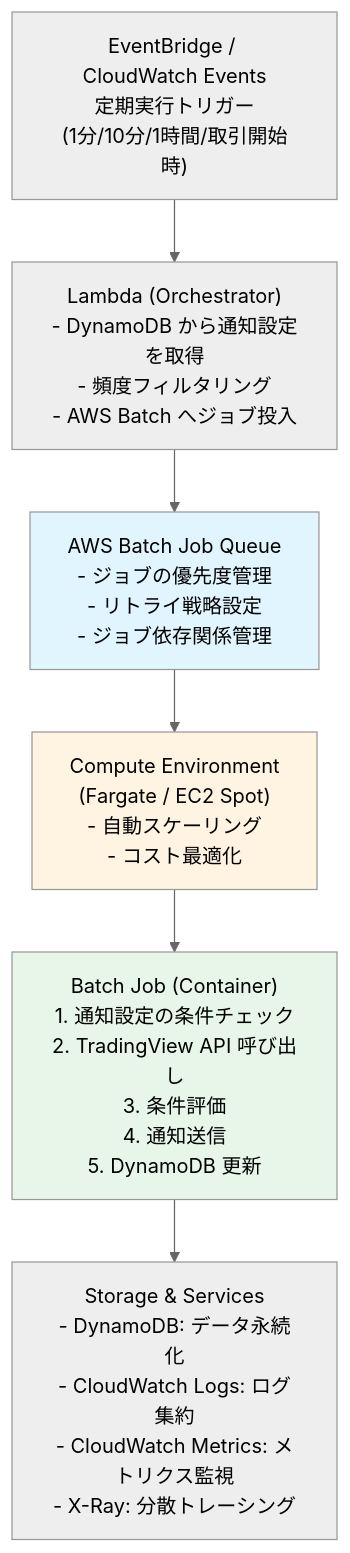
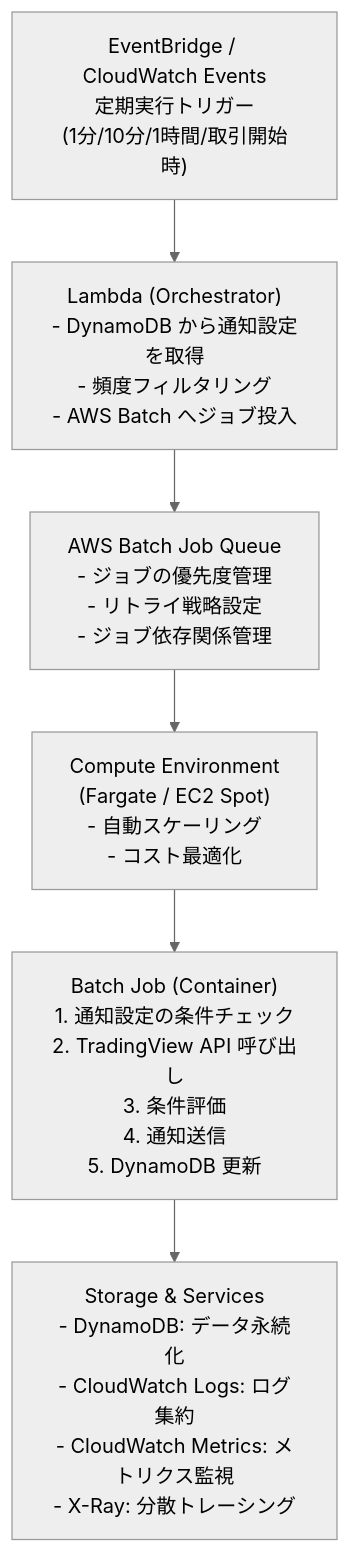
One commit to nagiyu/finance changed the second of 3 diagrams in docs/finance/batch-refactoring-requirements.md. Above: the diagram before and after it, drawn with Mermaid (neutral theme). The commit also changed other lines of this file, not shown here.

Commit message:
docs(finance): remove redundant inline Mermaid style declarations from architecture diagrams

````diff
--- a/docs/finance/batch-refactoring-requirements.md
+++ b/docs/finance/batch-refactoring-requirements.md
@@ -108,19 +108,15 @@
 ```mermaid
 graph TB
     EventBridge["EventBridge / CloudWatch Events<br/>定期実行トリガー<br/>(1分/10分/1時間/取引開始時)"]
     Orchestrator["Lambda (Orchestrator)<br/>- DynamoDB から通知設定を取得<br/>- 頻度フィルタリング<br/>- AWS Batch へジョブ投入"]
     BatchQueue["AWS Batch Job Queue<br/>- ジョブの優先度管理<br/>- リトライ戦略設定<br/>- ジョブ依存関係管理"]
     ComputeEnv["Compute Environment<br/>(Fargate / EC2 Spot)<br/>- 自動スケーリング<br/>- コスト最適化"]
     BatchJob["Batch Job (Container)<br/>1. 通知設定の条件チェック<br/>2. TradingView API 呼び出し<br/>3. 条件評価<br/>4. 通知送信<br/>5. DynamoDB 更新"]
     Storage["Storage & Services<br/>- DynamoDB: データ永続化<br/>- CloudWatch Logs: ログ集約<br/>- CloudWatch Metrics: メトリクス監視<br/>- X-Ray: 分散トレーシング"]
     
     EventBridge --> Orchestrator
     Orchestrator --> BatchQueue
     BatchQueue --> ComputeEnv
     ComputeEnv --> BatchJob
     BatchJob --> Storage
-    
-    style BatchQueue fill:#e1f5ff
-    style ComputeEnv fill:#fff4e1
-    style BatchJob fill:#e8f5e9
 ```
````
